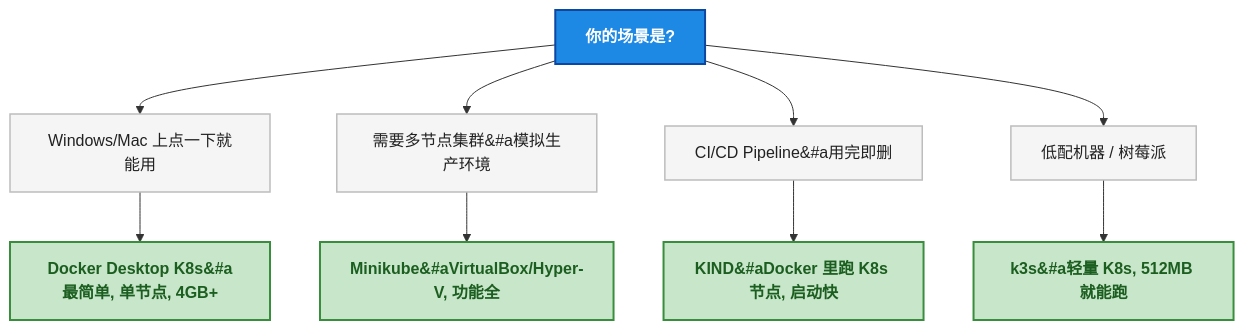
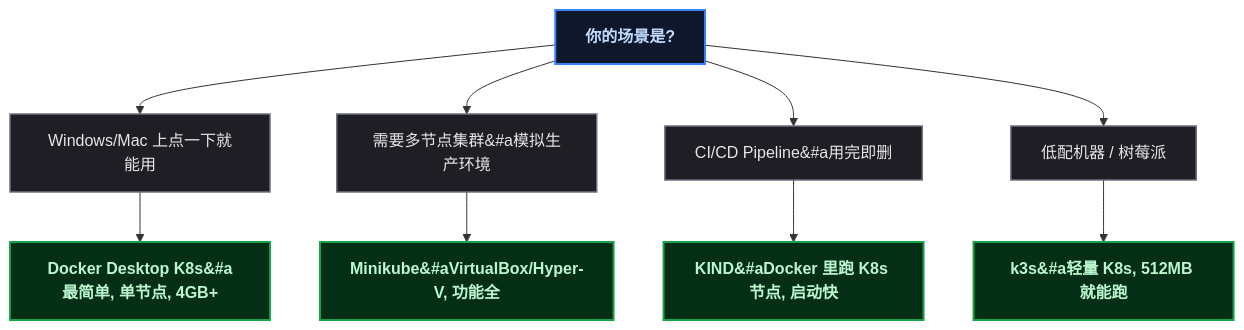
One commit to yaocat55/yaocat55.github.io changed the third of 5 diagrams in content/posts/kubernetes/K8sDeveloperPanorama.md. Above: the diagram before and after it, drawn with Mermaid. The commit also changed other lines of this file and 155 other files, not shown here.

````diff
--- a/content/posts/kubernetes/K8sDeveloperPanorama.md
+++ b/content/posts/kubernetes/K8sDeveloperPanorama.md
@@ -300,22 +300,22 @@
 ```mermaid
 flowchart TD
   Q1["你的场景是?"]
   Q1 --> A["Windows/Mac 上点一下就能用"]
   Q1 --> B["需要多节点集群&#a模拟生产环境"]
   Q1 --> C["CI/CD Pipeline&#a用完即删"]
   Q1 --> D["低配机器 / 树莓派"]
 
   A --> A1["Docker Desktop K8s&#a最简单, 单节点, 4GB+"]
   B --> B1["Minikube&#aVirtualBox/Hyper-V, 功能全"]
   C --> C1["KIND&#aDocker 里跑 K8s 节点, 启动快"]
   D --> D1["k3s&#a轻量 K8s, 512MB 就能跑"]
 
-  classDef q fill:#1E88E5,stroke:#0D47A1,stroke-width:2px,color:#FFFFFF,font-weight:bold
+classDef q fill:#0f172a,stroke:#3b82f6,stroke-width:2px,color:#bfdbfe,font-weight:bold;
   class Q1 q
 
-  classDef a fill:#C8E6C9,stroke:#388E3C,stroke-width:2px,color:#1B5E20,font-weight:bold
+classDef a fill:#052e16,stroke:#16a34a,stroke-width:2px,color:#bbf7d0,font-weight:bold;
   class A1,B1,C1,D1 a
 
-  classDef scene fill:#F5F5F5,stroke:#BDBDBD,stroke-width:1.5px,color:#212121
+classDef scene fill:#1e1e24,stroke:#6b7280,stroke-width:1.5px,color:#e5e7eb;
   class A,B,C,D scene
 ```
````
